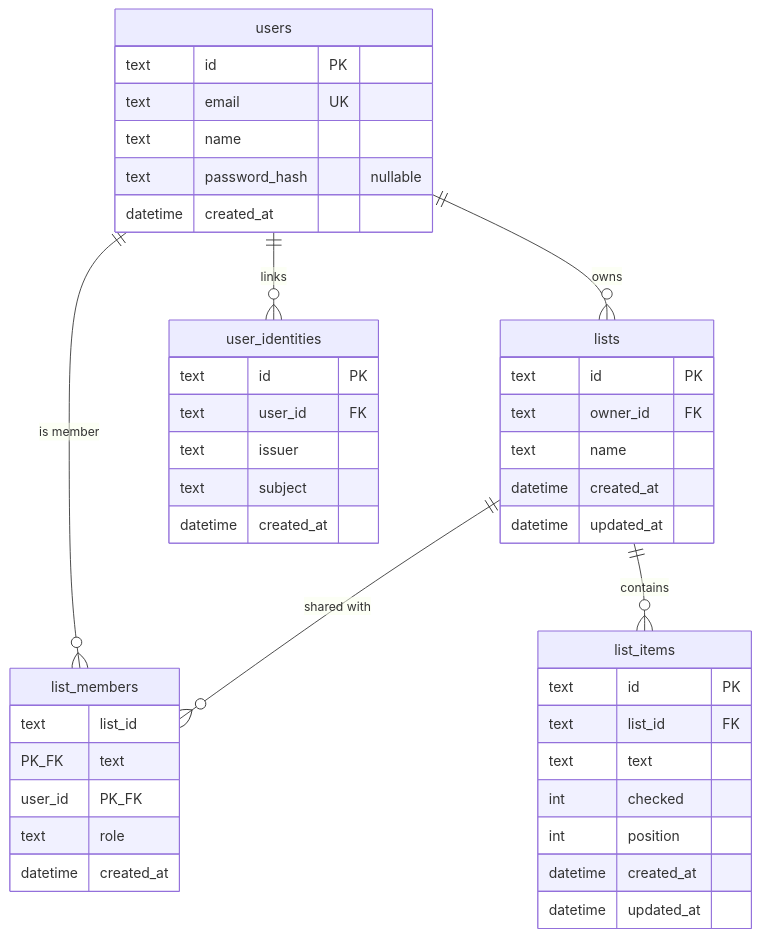
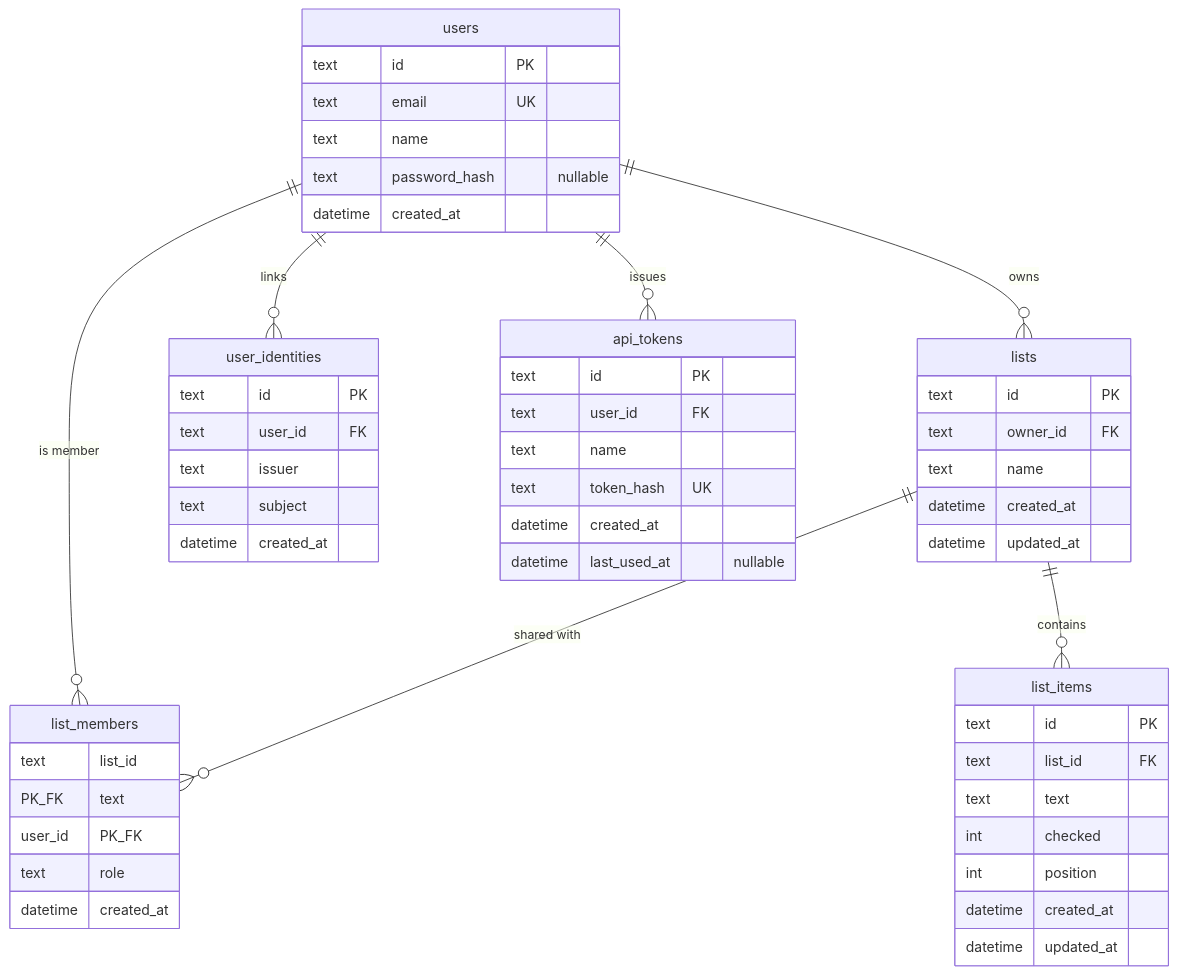
Before and after one commit to Xeiverse/Genesis-Lists: the diagram in docs/03-data-model.md, drawn with Mermaid. The commit also changed other lines of this file and 13 other files, not shown here.

````diff
--- a/docs/03-data-model.md
+++ b/docs/03-data-model.md
@@ -5,44 +5,53 @@
 ```mermaid
 erDiagram
   users ||--o{ lists : owns
   users ||--o{ user_identities : links
   users ||--o{ list_members : "is member"
+  users ||--o{ api_tokens : issues
   lists ||--o{ list_members : "shared with"
   lists ||--o{ list_items : contains
   users {
     text id PK
     text email UK
     text name
     text password_hash "nullable"
     datetime created_at
   }
   user_identities {
     text id PK
     text user_id FK
     text issuer
     text subject
     datetime created_at
+  }
+  api_tokens {
+    text id PK
+    text user_id FK
+    text name
+    text token_hash UK
+    datetime created_at
+    datetime last_used_at "nullable"
   }
   lists {
     text id PK
     text owner_id FK
     text name
     datetime created_at
     datetime updated_at
   }
   list_members {
     text list_id PK_FK
     text user_id PK_FK
     text role
     datetime created_at
   }
   list_items {
     text id PK
     text list_id FK
     text text
     int checked
     int position
     datetime created_at
     datetime updated_at
   }
 ```
````
